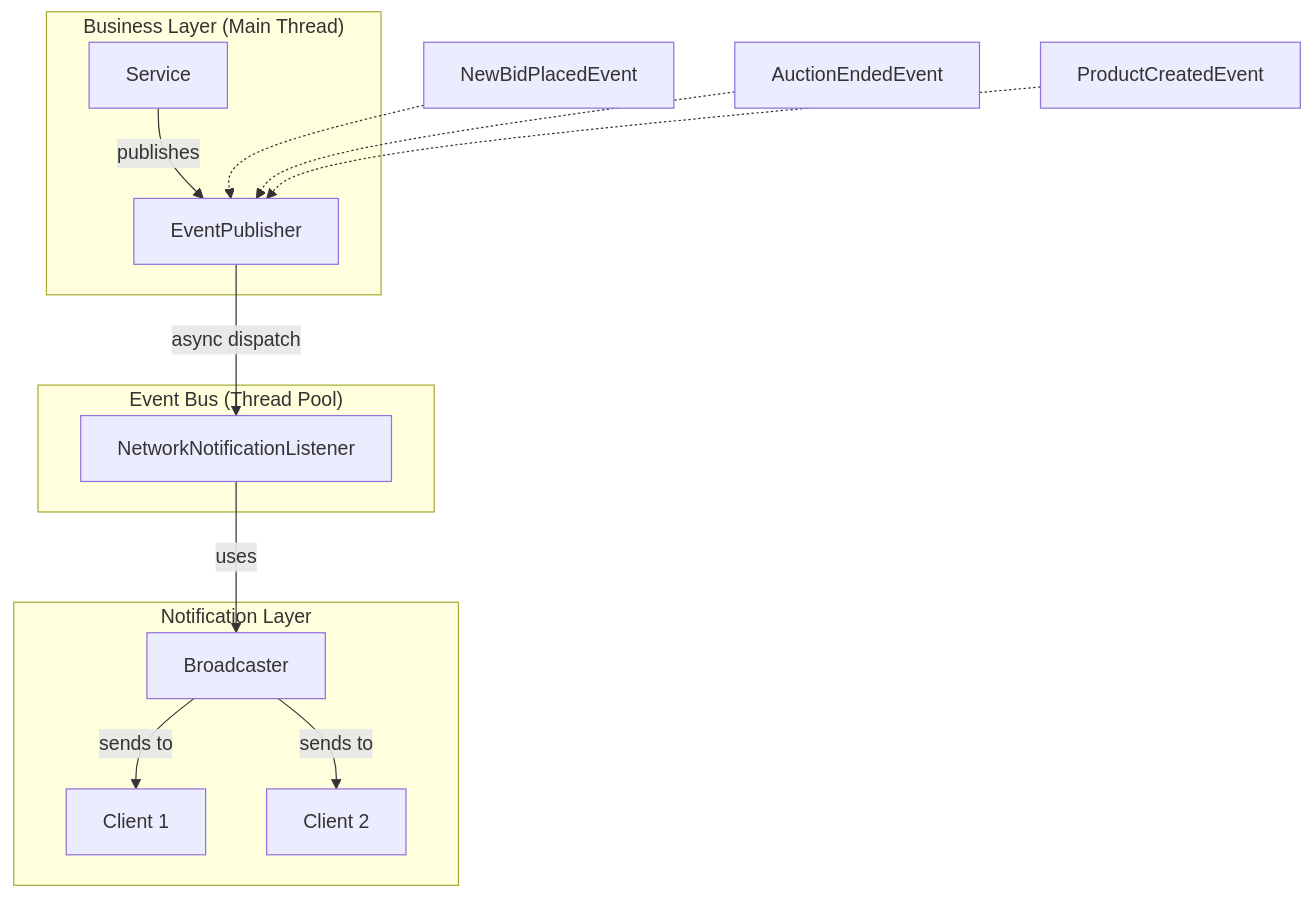
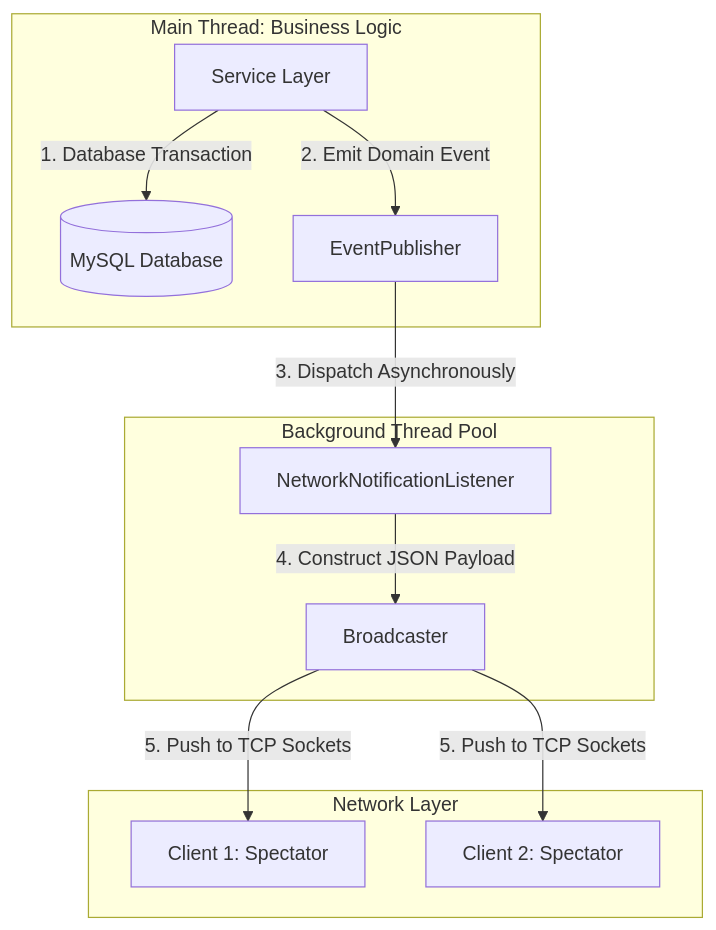
The diagram in docs/SystemOverview.md (haidang9107/Bidding), drawn with Mermaid before and after one commit. The commit also changed other lines of this file and 160 other files, not shown here.

````diff
--- a/docs/SystemOverview.md
+++ b/docs/SystemOverview.md
@@ -24,20 +45,17 @@
 ```mermaid
 graph TD
-    subgraph "Business Layer (Main Thread)"
-        S[Service] -- publishes --> EP[EventPublisher]
+    subgraph "Main Thread: Business Logic"
+        S[Service Layer] -- "1. Database Transaction" --> DB[(MySQL Database)]
+        S -- "2. Emit Domain Event" --> EP[EventPublisher]
     end
 
-    subgraph "Event Bus (Thread Pool)"
-        EP -- async dispatch --> NNL[NetworkNotificationListener]
+    subgraph "Background Thread Pool"
+        EP -- "3. Dispatch Asynchronously" --> NNL[NetworkNotificationListener]
+        NNL -- "4. Construct JSON Payload" --> B[Broadcaster]
     end
 
-    subgraph "Notification Layer"
-        NNL -- uses --> B[Broadcaster]
-        B -- sends to --> C1[Client 1]
-        B -- sends to --> C2[Client 2]
+    subgraph "Network Layer"
+        B -- "5. Push to TCP Sockets" --> C1[Client 1: Spectator]
+        B -- "5. Push to TCP Sockets" --> C2[Client 2: Spectator]
     end
-
-    E1[NewBidPlacedEvent] -.-> EP
-    E2[AuctionEndedEvent] -.-> EP
-    E3[ProductCreatedEvent] -.-> EP
 ```
````
